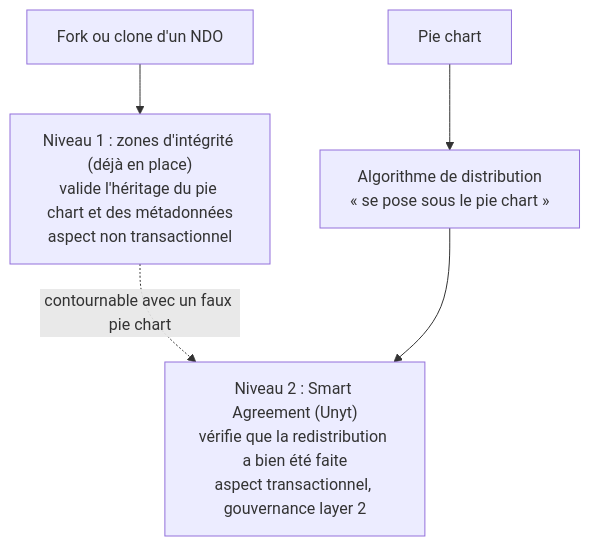
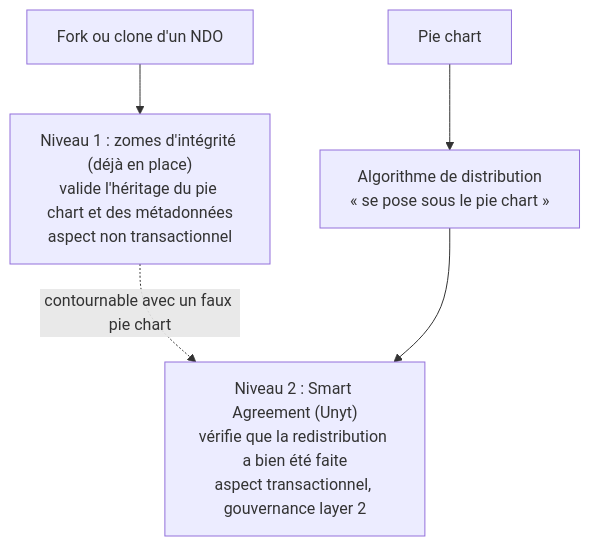
One commit to Sensorica/nondominium-design-system changed the first of 5 diagrams in content/meetings/2026-11-17-lab-p4.fr.md. Above: the diagram before and after it, drawn with Mermaid. The commit also changed other lines of this file and 10 other files, not shown here.

````diff
--- a/content/meetings/2026-11-17-lab-p4.fr.md
+++ b/content/meetings/2026-11-17-lab-p4.fr.md
@@ -36,8 +34,8 @@
 ```mermaid
 %% caption: Les deux niveaux d'application de la licence, tels que décrits aux minutes 4 à 7
 flowchart TB
-  F["Fork ou clone d'un NDO"] --> L1["Niveau 1 : zones d'intégrité (déjà en place)<br/>valide l'héritage du pie chart et des métadonnées<br/>aspect non transactionnel"]
+  F["Fork ou clone d'un NDO"] --> L1["Niveau 1 : zomes d'intégrité (déjà en place)<br/>valide l'héritage du pie chart et des métadonnées<br/>aspect non transactionnel"]
   L1 -. "contournable avec un faux pie chart" .-> L2["Niveau 2 : Smart Agreement (Unyt)<br/>vérifie que la redistribution a bien été faite<br/>aspect transactionnel, gouvernance layer 2"]
   P["Pie chart"] --> D["Algorithme de distribution<br/>« se pose sous le pie chart »"]
   D --> L2
 ```
````
